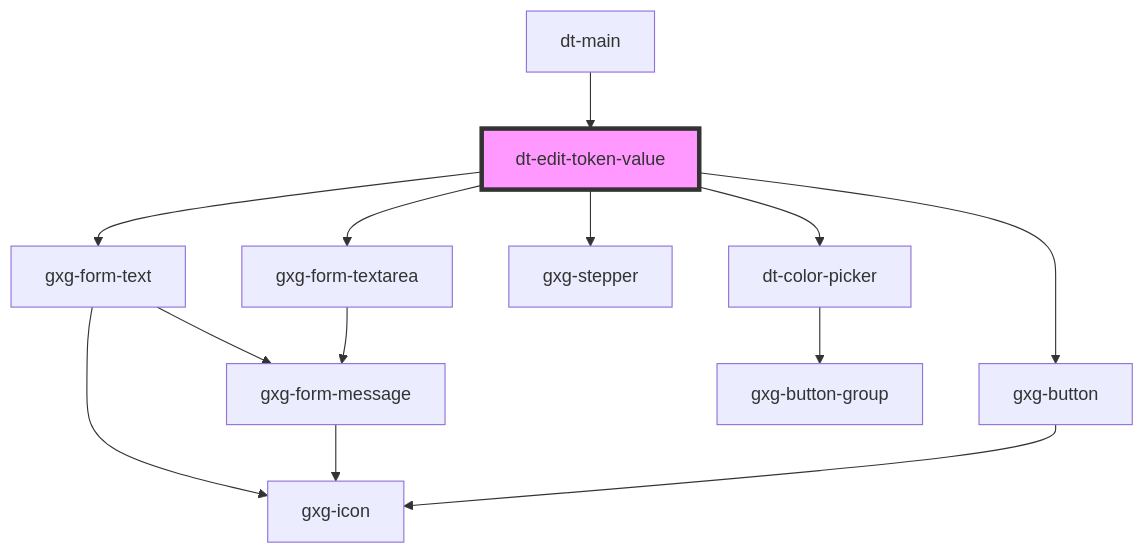
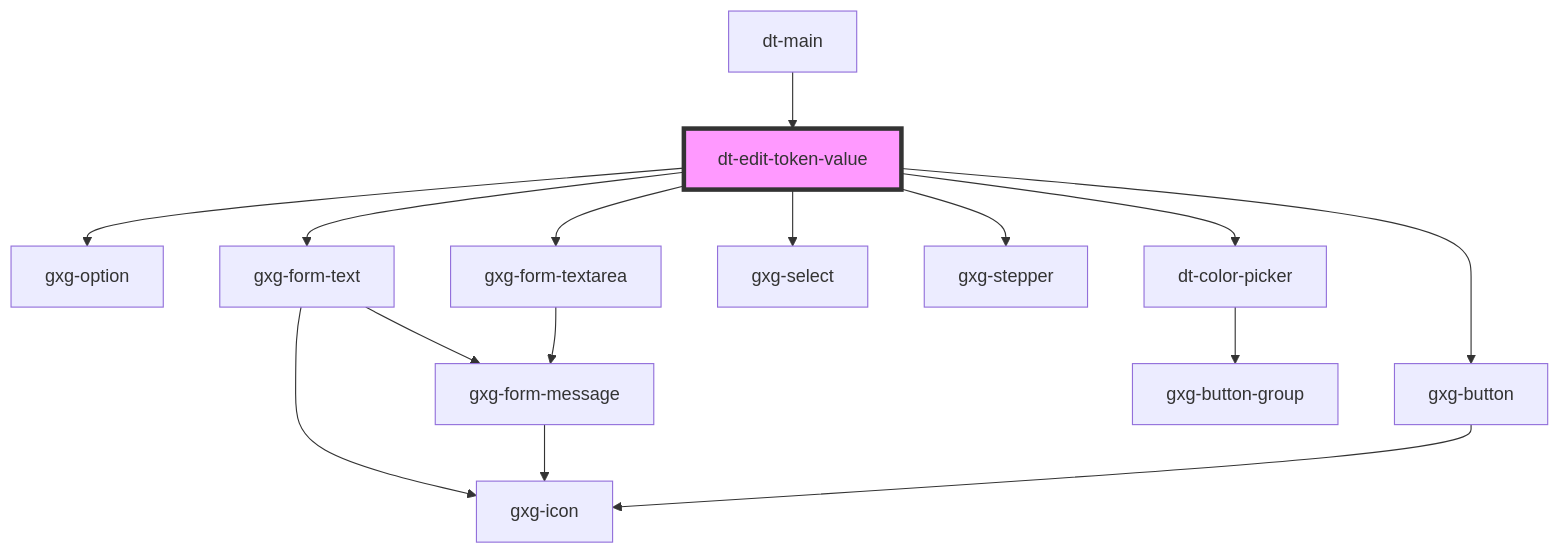
The diagram in src/components/edit-token-value/readme.md (genexuslabs/design-tokens-editor), drawn with Mermaid before and after one commit. The commit also changed other lines of this file and 9 other files, not shown here.

````diff
--- a/src/components/edit-token-value/readme.md
+++ b/src/components/edit-token-value/readme.md
@@ -42,16 +44,18 @@
 ```mermaid
 graph TD;
+  dt-edit-token-value --> gxg-option
   dt-edit-token-value --> gxg-form-text
   dt-edit-token-value --> dt-color-picker
+  dt-edit-token-value --> gxg-select
   dt-edit-token-value --> gxg-stepper
   dt-edit-token-value --> gxg-form-textarea
   dt-edit-token-value --> gxg-button
   gxg-form-text --> gxg-icon
   gxg-form-text --> gxg-form-message
   gxg-form-message --> gxg-icon
   dt-color-picker --> gxg-button-group
   gxg-form-textarea --> gxg-form-message
   gxg-button --> gxg-icon
   dt-main --> dt-edit-token-value
   style dt-edit-token-value fill:#f9f,stroke:#333,stroke-width:4px
 ```
````
